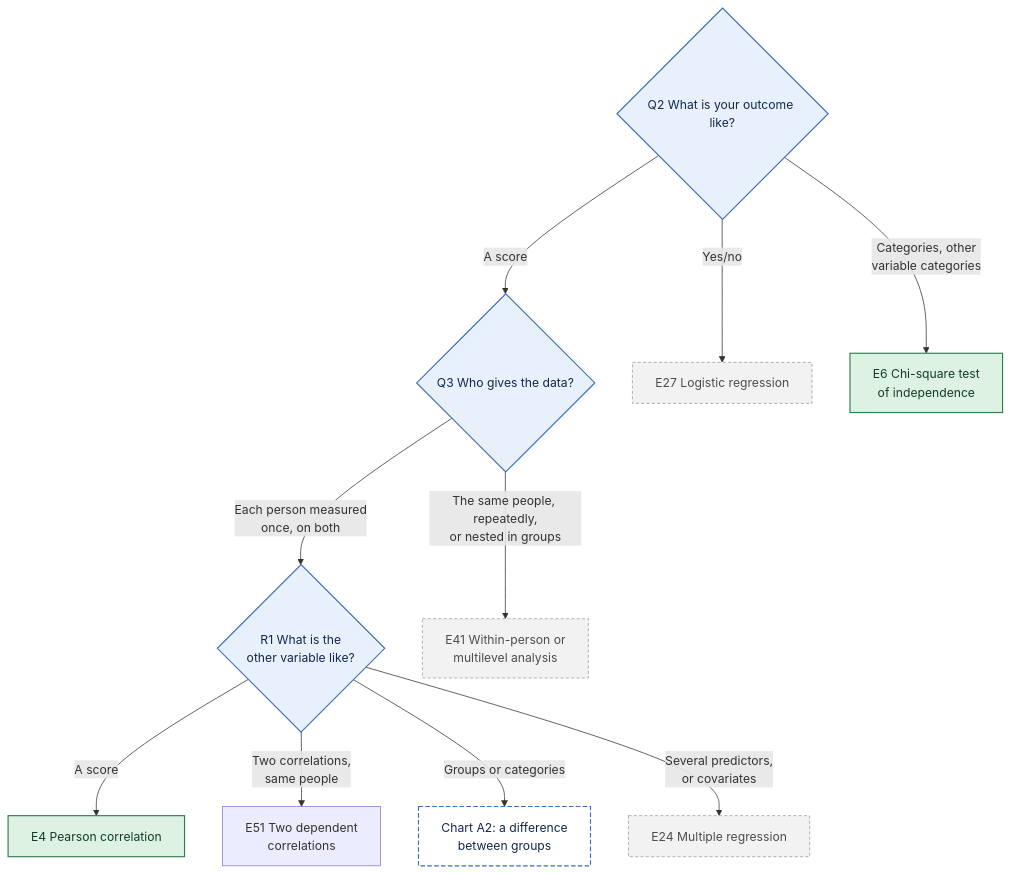
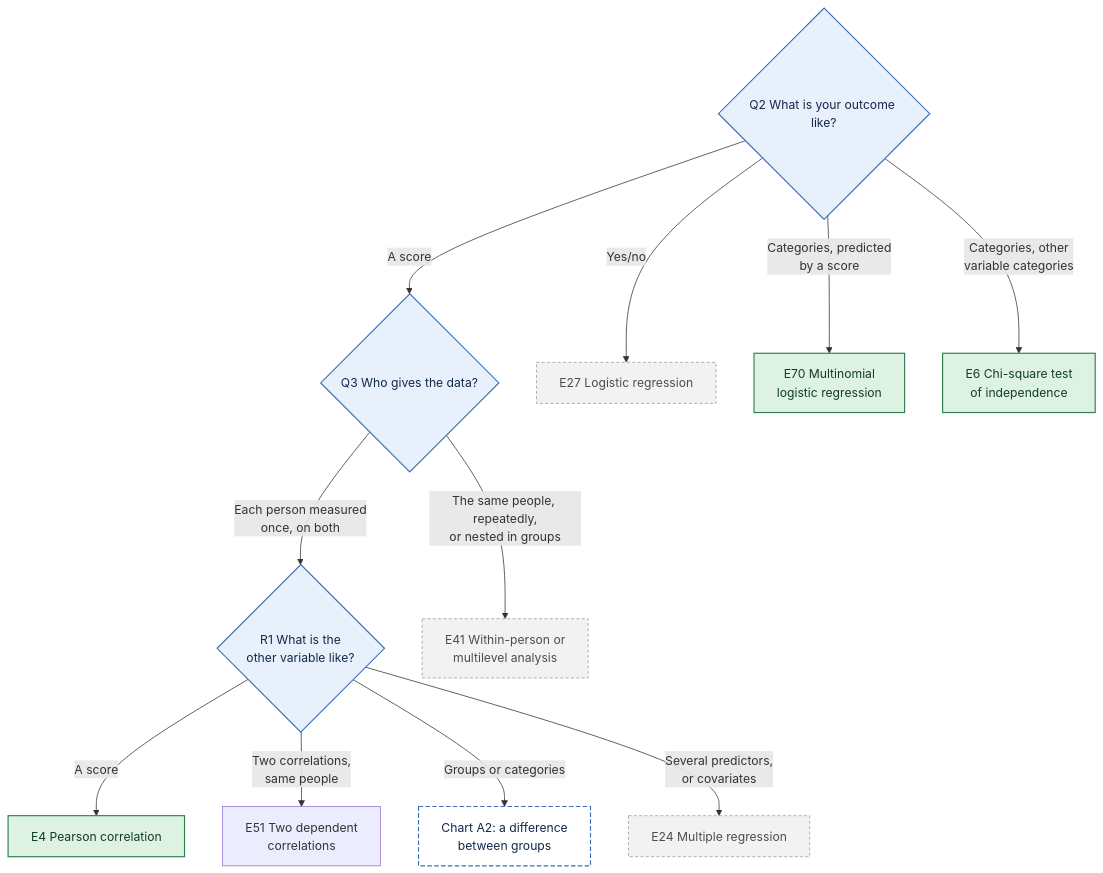
One commit to JoelThornton/Powerkit changed the fifth of 11 diagrams in docs/decision-tree.md. Above: the diagram before and after it, drawn with Mermaid. The commit also changed other lines of this file and 38 other files, not shown here.

First line of the commit message:
Regression variants: multinomial logistic regression and zero-inflated counts (#283)

````diff
--- a/docs/decision-tree.md
+++ b/docs/decision-tree.md
@@ -381,22 +381,23 @@
 ```mermaid
 flowchart TD
   Q2{"Q2 What is your outcome like?"}
   Q2 -->|A score| Q3{"Q3 Who gives the data?"}
   Q3 -->|Each person measured<br/>once, on both| R1{"R1 What is the<br/>other variable like?"}
   Q3 -->|The same people, repeatedly,<br/>or nested in groups| E41["E41 Within-person or<br/>multilevel analysis"]
   R1 -->|A score| E4["E4 Pearson correlation"]
   R1 -->|Two correlations,<br/>same people| E51["E51 Two dependent<br/>correlations"]
   R1 -->|Groups or categories| A2["Chart A2: a difference<br/>between groups"]
   R1 -->|Several predictors,<br/>or covariates| E24["E24 Multiple regression"]
   Q2 -->|Yes/no| E27["E27 Logistic regression"]
+  Q2 -->|Categories, predicted<br/>by a score| E70["E70 Multinomial<br/>logistic regression"]
   Q2 -->|Categories, other<br/>variable categories| E6["E6 Chi-square test<br/>of independence"]
   class Q2,Q3,R1 q
-  class E4,E6 avail
+  class E4,E6,E70 avail
   class E24,E27,E41 later
   class A2 jump
   classDef q fill:#E8F0FB,stroke:#3B6FB6,color:#14284B,stroke-width:1.5px
   classDef avail fill:#DDF2E3,stroke:#2E7D4F,color:#123D24,stroke-width:1.5px
   classDef spec fill:#FFF0D1,stroke:#B97A00,color:#4A3200,stroke-width:1.5px
   classDef later fill:#F2F2F2,stroke:#9A9A9A,color:#4D4D4D,stroke-width:1px,stroke-dasharray:4 3
   classDef jump fill:#FFFFFF,stroke:#3B6FB6,color:#14284B,stroke-width:1.5px,stroke-dasharray:6 3
 ```
````
